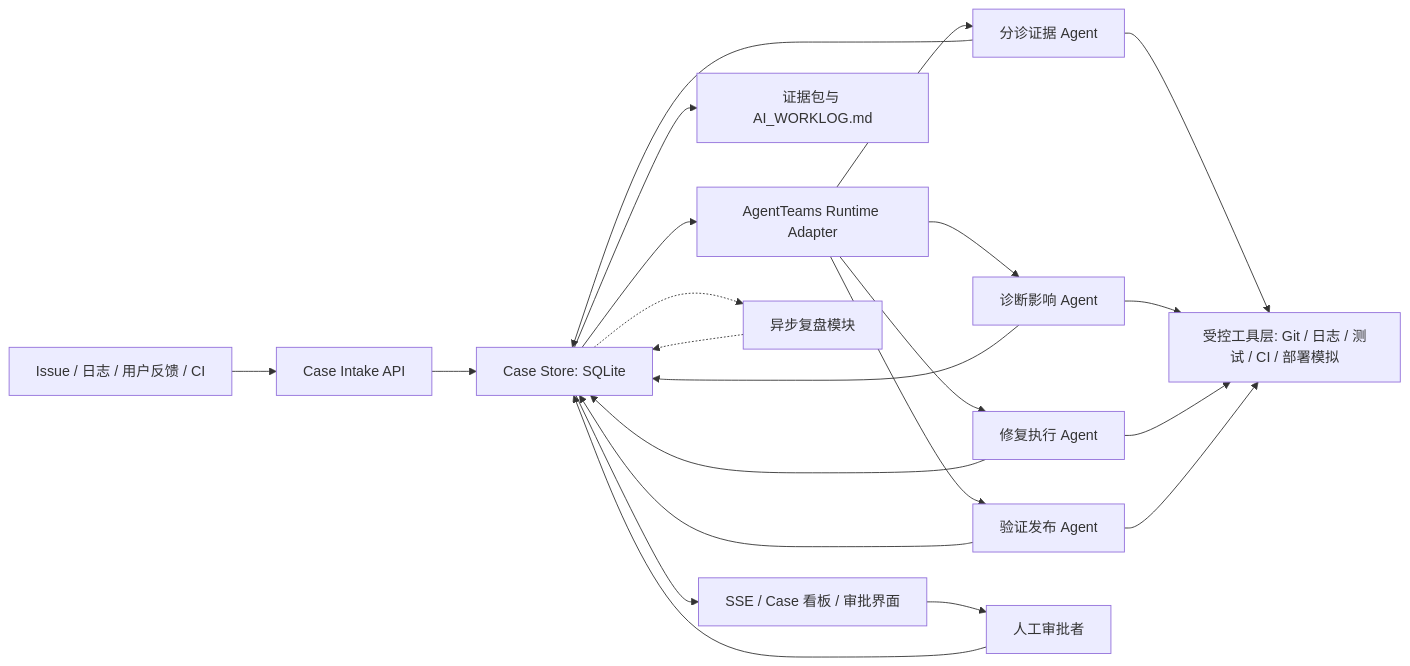
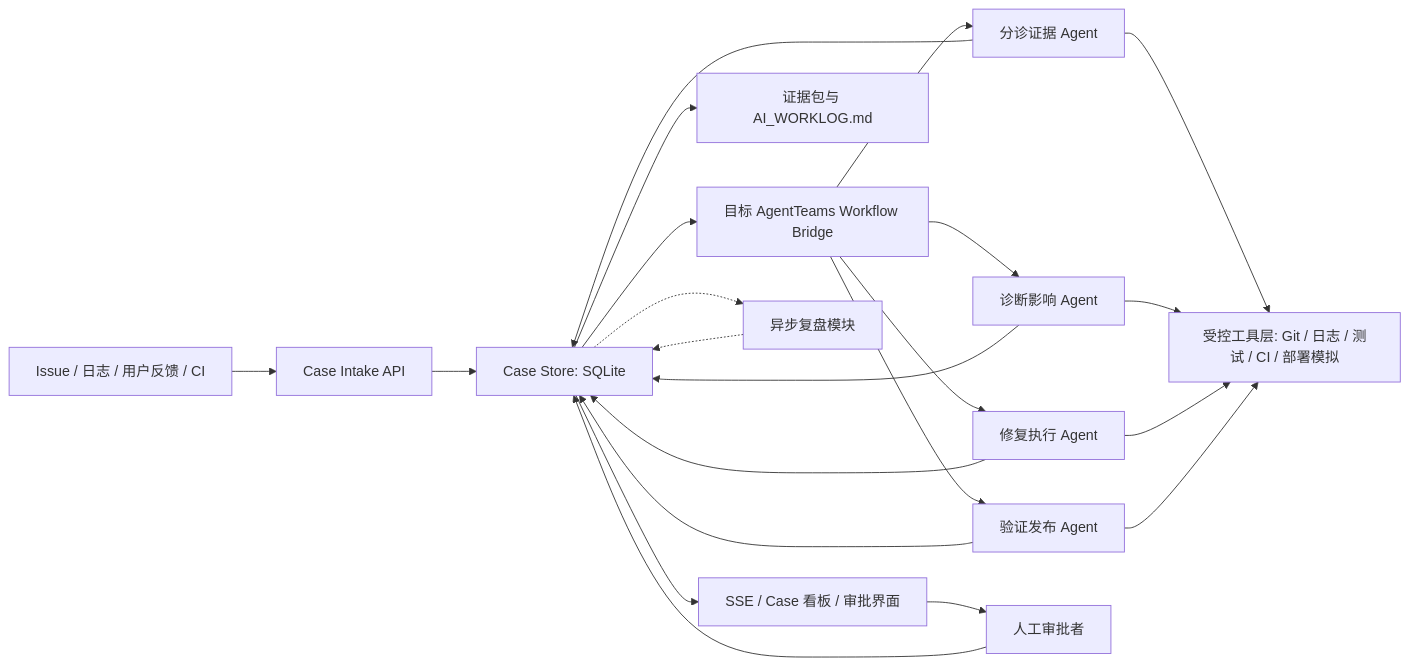
Before and after one commit to cyc120/code-defog: the first of 2 diagrams in GOAI_Direction3_Project_Framework.md, drawn with Mermaid. The commit also changed other lines of this file and 52 other files, not shown here.

````diff
--- a/GOAI_Direction3_Project_Framework.md
+++ b/GOAI_Direction3_Project_Framework.md
@@ -132,24 +134,24 @@
 ```mermaid
 flowchart LR
     I["Issue / 日志 / 用户反馈 / CI"] --> C["Case Intake API"]
     C --> S["Case Store: SQLite"]
-    S --> O["AgentTeams Runtime Adapter"]
+    S --> O["目标 AgentTeams Workflow Bridge"]
     O --> A1["分诊证据 Agent"]
     O --> A2["诊断影响 Agent"]
     O --> A3["修复执行 Agent"]
     O --> A4["验证发布 Agent"]
     A1 --> T["受控工具层: Git / 日志 / 测试 / CI / 部署模拟"]
     A2 --> T
     A3 --> T
     A4 --> T
     A1 --> S
     A2 --> S
     A3 --> S
     A4 --> S
     S --> E["证据包与 AI_WORKLOG.md"]
     S --> P["SSE / Case 看板 / 审批界面"]
     P --> H["人工审批者"]
     H --> S
     S -.-> R["异步复盘模块"]
     R -.-> S
 ```
````
